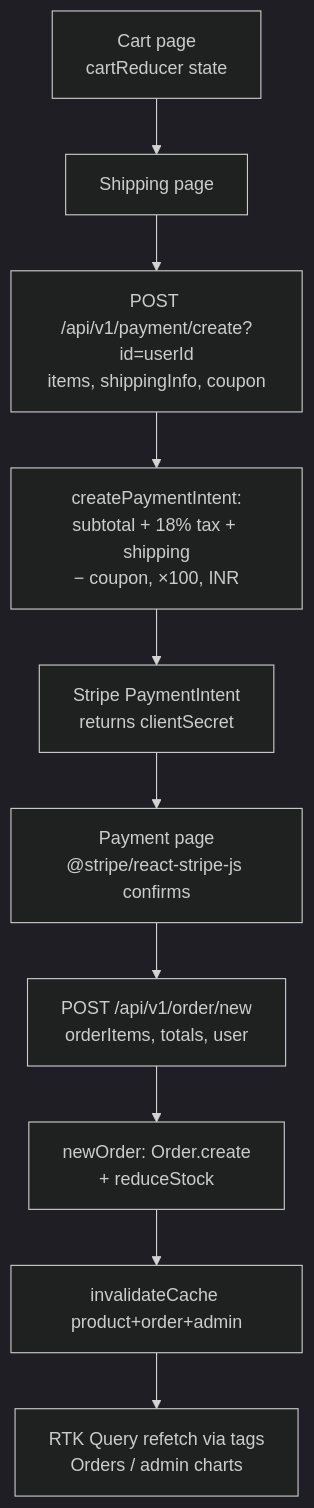
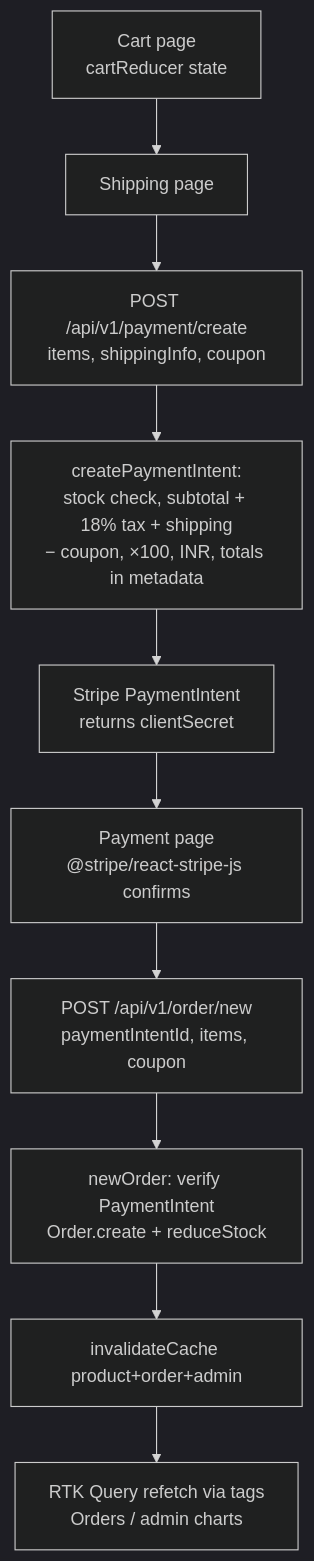
Before and after one commit to Tushar-Bhowal/NexCartia: the diagram in README.md, drawn with Mermaid (dark theme). The commit also changed other lines of this file and 69 other files, not shown here.

````diff
--- a/README.md
+++ b/README.md
@@ -66,12 +66,12 @@
 ```mermaid
 flowchart TD
   A[Cart page<br/>cartReducer state] --> B[Shipping page]
-  B --> C[POST /api/v1/payment/create?id=userId<br/>items, shippingInfo, coupon]
-  C --> D[createPaymentIntent:<br/>subtotal + 18% tax + shipping<br/>− coupon, ×100, INR]
+  B --> C[POST /api/v1/payment/create<br/>items, shippingInfo, coupon]
+  C --> D[createPaymentIntent:<br/>stock check, subtotal + 18% tax + shipping<br/>− coupon, ×100, INR, totals in metadata]
   D --> E[Stripe PaymentIntent<br/>returns clientSecret]
   E --> F[Payment page<br/>@stripe/react-stripe-js confirms]
-  F --> G[POST /api/v1/order/new<br/>orderItems, totals, user]
-  G --> H[newOrder: Order.create<br/>+ reduceStock]
+  F --> G[POST /api/v1/order/new<br/>paymentIntentId, items, coupon]
+  G --> H[newOrder: verify PaymentIntent<br/>Order.create + reduceStock]
   H --> I[invalidateCache product+order+admin]
   I --> J[RTK Query refetch via tags<br/>Orders / admin charts]
 ```
````
